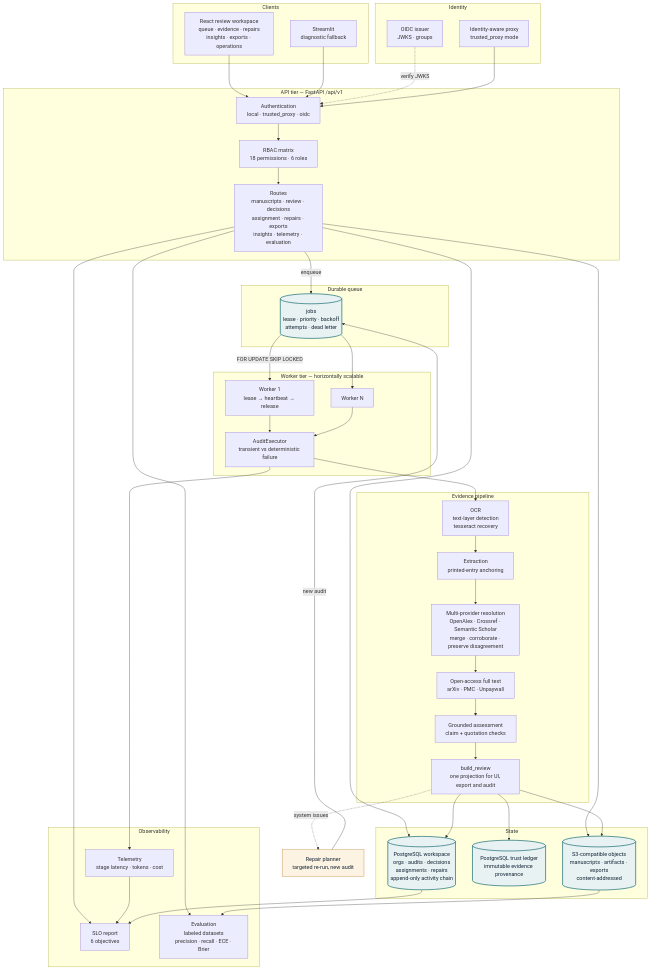
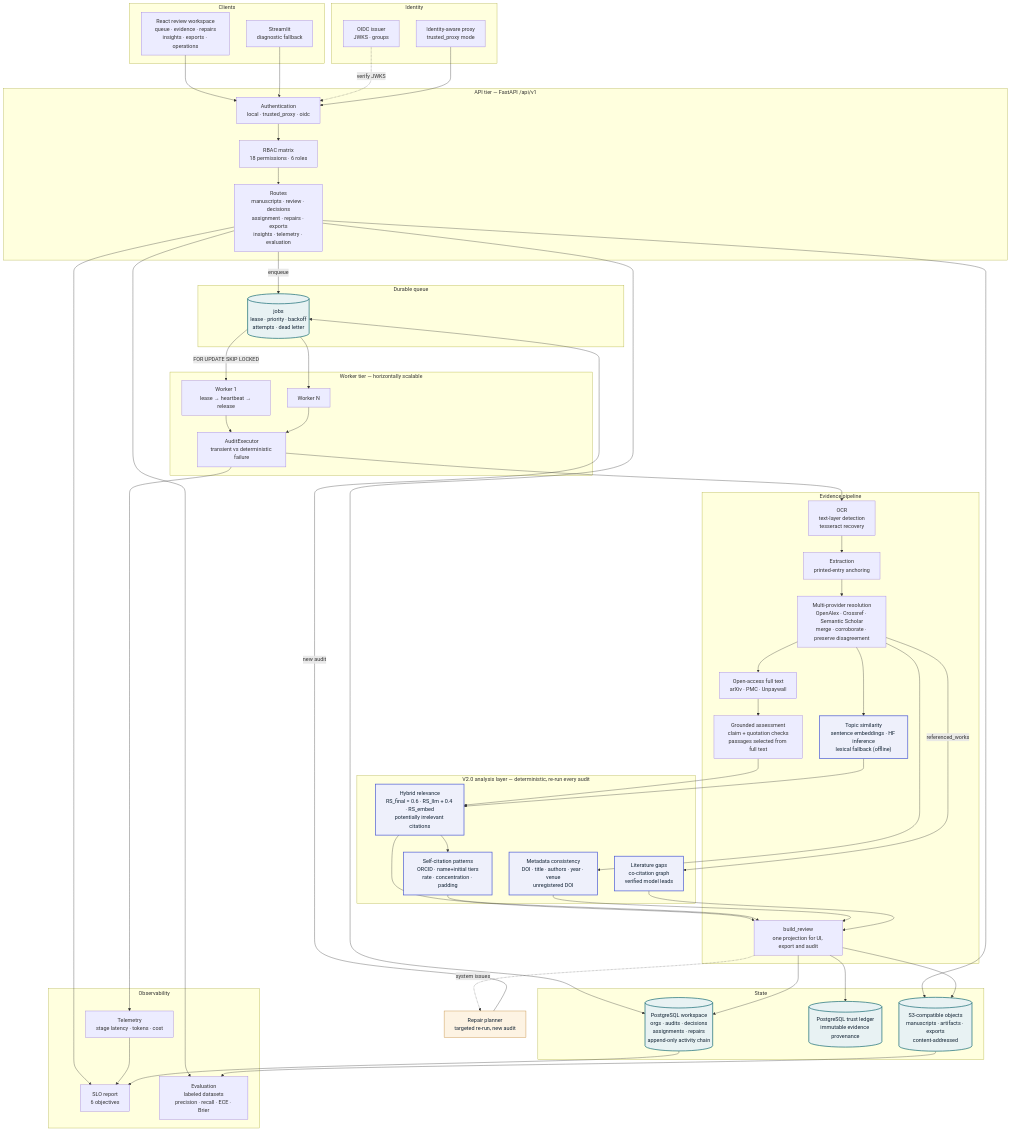
Before and after one commit to KshitijaSatpute/CitePrism: the diagram in docs/architecture/phase4-architecture.mmd, drawn with Mermaid. The commit also changed 129 other files, not shown here.

Commit message:
CitePrism V2 5.4.2: precise reports, cross-platform setup, public-release README

```diff
--- a/docs/architecture/phase4-architecture.mmd
+++ b/docs/architecture/phase4-architecture.mmd
@@ -1,82 +1,100 @@
-%% CitePrism Phase 4 — the system as built.
+%% CitePrism 5.1 — Phase 4 runtime plus the V2.0 analysis layer, as built.
 %% Rendered to SVG/PNG by scripts/render_architecture.py (mermaid-cli).
 flowchart TB
     subgraph clients["Clients"]
         REACT["React review workspace<br/>queue · evidence · repairs<br/>insights · exports · operations"]
         STREAMLIT["Streamlit<br/>diagnostic fallback"]
     end
 
     subgraph identity["Identity"]
         IDP["OIDC issuer<br/>JWKS · groups"]
         PROXY["Identity-aware proxy<br/>trusted_proxy mode"]
     end
 
     subgraph api["API tier — FastAPI /api/v1"]
         AUTH["Authentication<br/>local · trusted_proxy · oidc"]
         RBAC["RBAC matrix<br/>18 permissions · 6 roles"]
         ROUTES["Routes<br/>manuscripts · review · decisions<br/>assignment · repairs · exports<br/>insights · telemetry · evaluation"]
     end
 
     subgraph queue["Durable queue"]
         JOBS[("jobs<br/>lease · priority · backoff<br/>attempts · dead letter")]
     end
 
     subgraph workers["Worker tier — horizontally scalable"]
         W1["Worker 1<br/>lease → heartbeat → release"]
         W2["Worker N"]
         EXEC["AuditExecutor<br/>transient vs deterministic failure"]
     end
 
     subgraph pipeline["Evidence pipeline"]
         OCR["OCR<br/>text-layer detection<br/>tesseract recovery"]
         PARSE["Extraction<br/>printed-entry anchoring"]
         RESOLVE["Multi-provider resolution<br/>OpenAlex · Crossref · Semantic Scholar<br/>merge · corroborate · preserve disagreement"]
         FULLTEXT["Open-access full text<br/>arXiv · PMC · Unpaywall"]
-        ASSESS["Grounded assessment<br/>claim + quotation checks"]
+        ASSESS["Grounded assessment<br/>claim + quotation checks<br/>passages selected from full text"]
+        SIM["Topic similarity<br/>sentence embeddings · HF inference<br/>lexical fallback (offline)"]
         PROJECT["build_review<br/>one projection for UI, export and audit"]
+    end
+
+    subgraph analysis["V2.0 analysis layer — deterministic, re-run every audit"]
+        REL["Hybrid relevance<br/>RS_final = 0.6 · RS_llm + 0.4 · RS_embed<br/>potentially irrelevant citations"]
+        SELF["Self-citation patterns<br/>ORCID · name+initial tiers<br/>rate · concentration · padding"]
+        META["Metadata consistency<br/>DOI · title · authors · year · venue<br/>unregistered DOI"]
+        GAPS["Literature gaps<br/>co-citation graph<br/>verified model leads"]
     end
 
     subgraph state["State"]
         PG[("PostgreSQL workspace<br/>orgs · audits · decisions<br/>assignments · repairs<br/>append-only activity chain")]
         TRUST[("PostgreSQL trust ledger<br/>immutable evidence provenance")]
         OBJ[("S3-compatible objects<br/>manuscripts · artifacts · exports<br/>content-addressed")]
     end
 
     subgraph observability["Observability"]
         TELE["Telemetry<br/>stage latency · tokens · cost"]
         SLO["SLO report<br/>6 objectives"]
         EVAL["Evaluation<br/>labeled datasets<br/>precision · recall · ECE · Brier"]
     end
 
     REACT --> AUTH
     STREAMLIT --> AUTH
     IDP -.->|"verify JWKS"| AUTH
     PROXY --> AUTH
     AUTH --> RBAC --> ROUTES
 
     ROUTES -->|enqueue| JOBS
     ROUTES --> PG
     ROUTES --> OBJ
     ROUTES --> SLO
     ROUTES --> EVAL
 
     JOBS -->|"FOR UPDATE SKIP LOCKED"| W1
     JOBS --> W2
     W1 --> EXEC
     W2 --> EXEC
 
-    EXEC --> OCR --> PARSE --> RESOLVE --> FULLTEXT --> ASSESS --> PROJECT
+    EXEC --> OCR --> PARSE --> RESOLVE --> FULLTEXT --> ASSESS --> REL
+    RESOLVE --> SIM --> REL
+    RESOLVE --> META
+    RESOLVE -->|"referenced_works"| GAPS
+    REL --> SELF
+    REL --> PROJECT
+    SELF --> PROJECT
+    META --> PROJECT
+    GAPS --> PROJECT
     PROJECT --> PG
     PROJECT --> OBJ
     PROJECT --> TRUST
     EXEC --> TELE --> SLO
     PROJECT -.->|"system issues"| REPAIR["Repair planner<br/>targeted re-run, new audit"]
     REPAIR -->|"new audit"| JOBS
 
     PG --> SLO
     OBJ --> EVAL
 
     classDef store fill:#e8f2f3,stroke:#166b73,stroke-width:2px,color:#123
     classDef warn fill:#fdf3e3,stroke:#b8791f,color:#123
     class PG,TRUST,OBJ,JOBS store
     class REPAIR warn
+    classDef v2 fill:#eef0fb,stroke:#4c5bd4,stroke-width:2px,color:#123
+    class REL,SELF,META,GAPS,SIM v2
```
